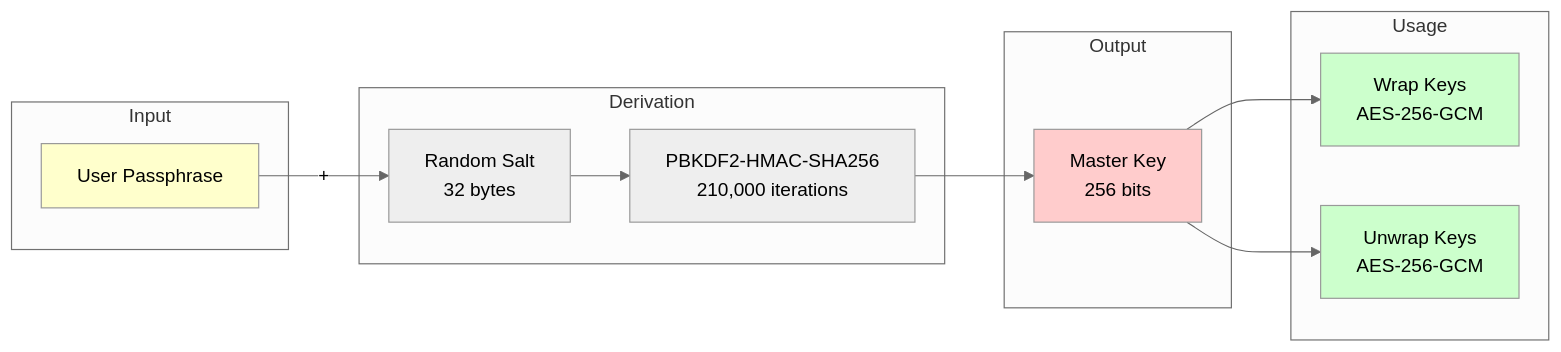
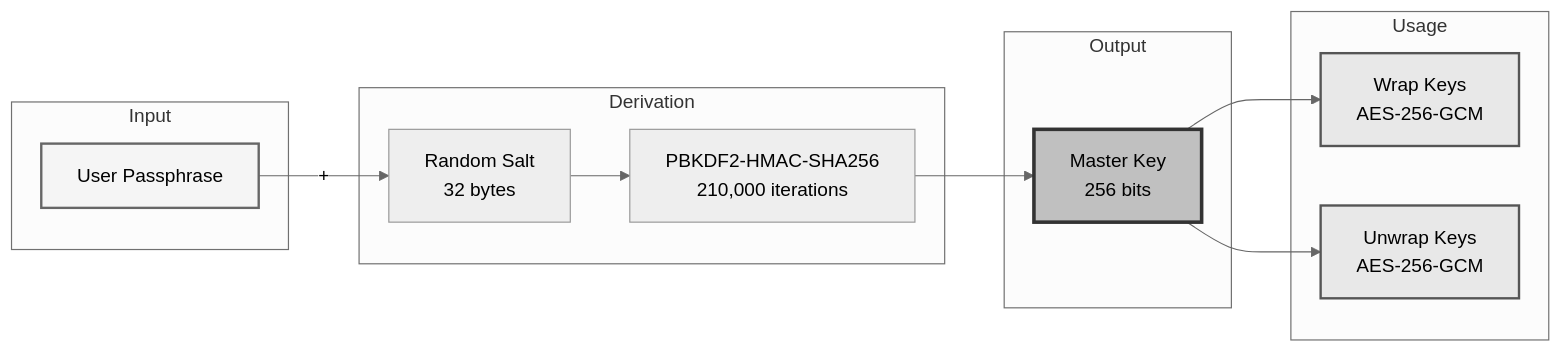
One commit to ehanoc/softKMS changed the seventh of 10 diagrams in docs/SECURITY_MODEL.md. Above: the diagram before and after it, drawn with Mermaid (neutral theme). The commit also changed other lines of this file and 3 other files, not shown here.

First line of the commit message:
docs: Standardize all Mermaid diagrams with muted grayscale colors

````diff
--- a/docs/SECURITY_MODEL.md
+++ b/docs/SECURITY_MODEL.md
@@ -255,31 +257,31 @@
 ```mermaid
 flowchart LR
     subgraph Input["Input"]
         P[User Passphrase]
     end
     
     subgraph Derive["Derivation"]
         PBKDF2["PBKDF2-HMAC-SHA256\n210,000 iterations"]
         Salt["Random Salt\n32 bytes"]
     end
     
     subgraph Output["Output"]
         MK["Master Key\n256 bits"]
     end
     
     subgraph Usage["Usage"]
         Wrap["Wrap Keys\nAES-256-GCM"]
         Unwrap["Unwrap Keys\nAES-256-GCM"]
     end
     
     P -->|"+"| Salt
     Salt --> PBKDF2
     PBKDF2 --> MK
     MK --> Wrap
     MK --> Unwrap
     
-    style P fill:#ffffcc
-    style MK fill:#ffcccc
-    style Wrap fill:#ccffcc
-    style Unwrap fill:#ccffcc
+    style P fill:#f5f5f5,stroke:#666,stroke-width:2px
+    style MK fill:#c0c0c0,stroke:#333,stroke-width:3px
+    style Wrap fill:#e8e8e8,stroke:#555,stroke-width:2px
+    style Unwrap fill:#e8e8e8,stroke:#555,stroke-width:2px
 ```
````
